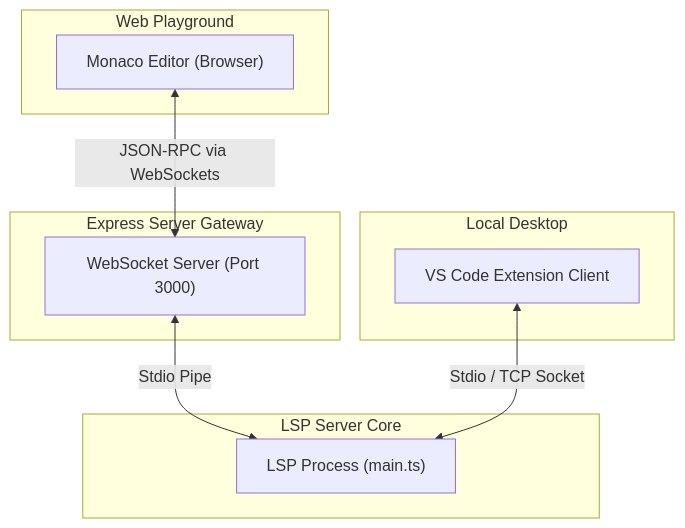
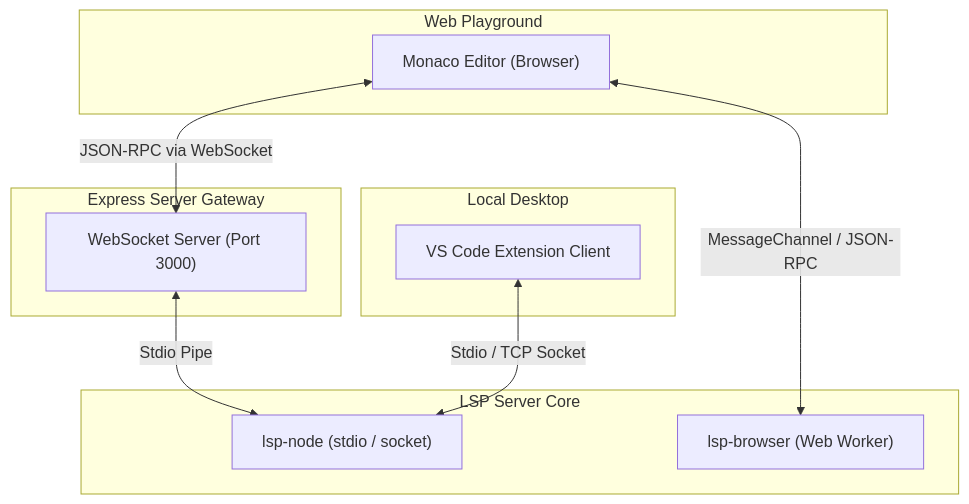
One commit to sonuKumar03/liquid-lsp changed the diagram in README.md. Above: the diagram before and after it, drawn with Mermaid. The commit also changed other lines of this file, not shown here.

````diff
--- a/README.md
+++ b/README.md
@@ -20,22 +19,24 @@
 ```mermaid
 flowchart TD
     subgraph Browser ["Web Playground"]
         Monaco["Monaco Editor (Browser)"]
     end
 
     subgraph Editor ["Local Desktop"]
         VSC["VS Code Extension Client"]
     end
 
     subgraph Gateway ["Express Server Gateway"]
         WS["WebSocket Server (Port 3000)"]
     end
 
     subgraph Engine ["LSP Server Core"]
-        LSP["LSP Process (main.ts)"]
+        LSP["lsp-node (stdio / socket)"]
+        Worker["lsp-browser (Web Worker)"]
     end
 
-    Monaco <-->|JSON-RPC via WebSockets| WS
-    WS <-->|Stdio Pipe| LSP
-    VSC <-->|Stdio / TCP Socket| LSP
+    Monaco <-->|"MessageChannel / JSON-RPC"| Worker
+    Monaco <-->|"JSON-RPC via WebSocket"| WS
+    WS <-->|"Stdio Pipe"| LSP
+    VSC <-->|"Stdio / TCP Socket"| LSP
 ```
````
